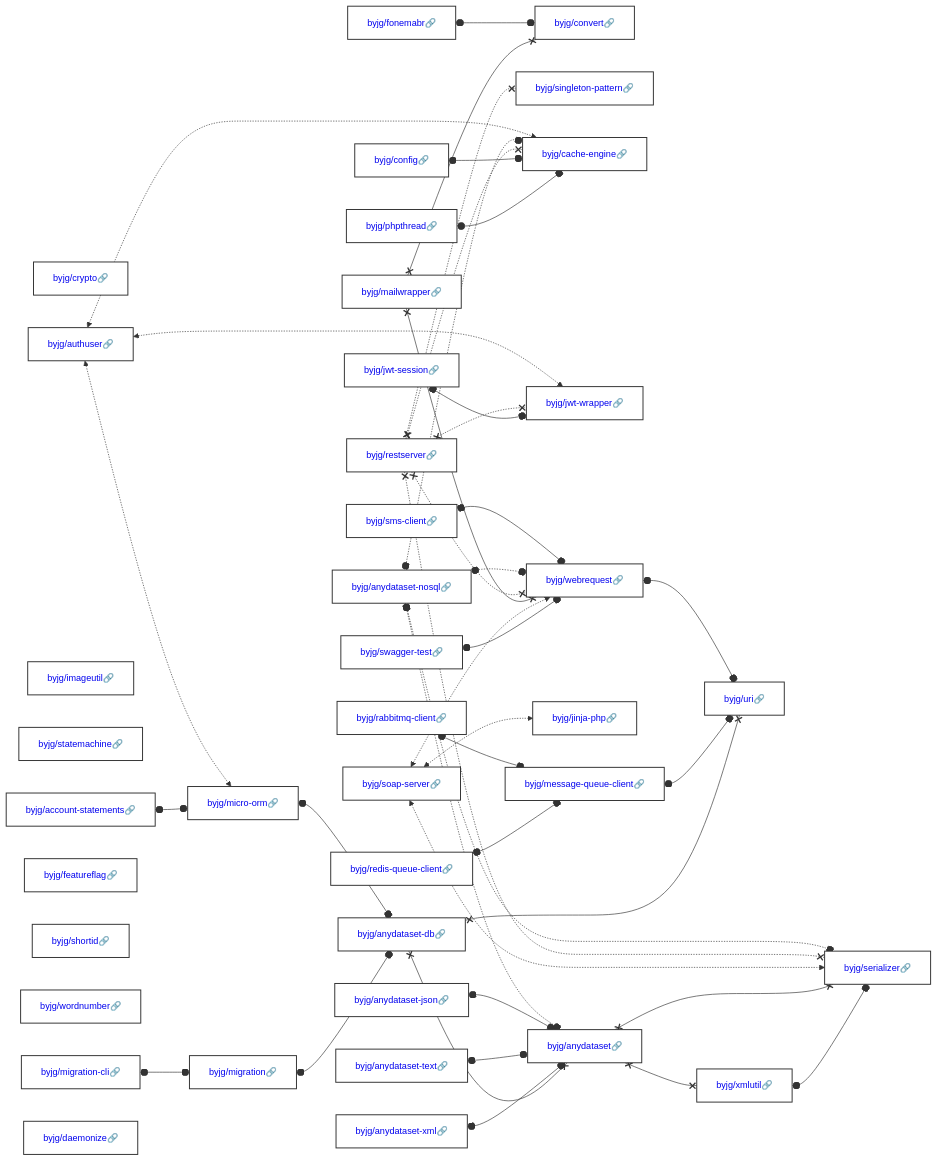
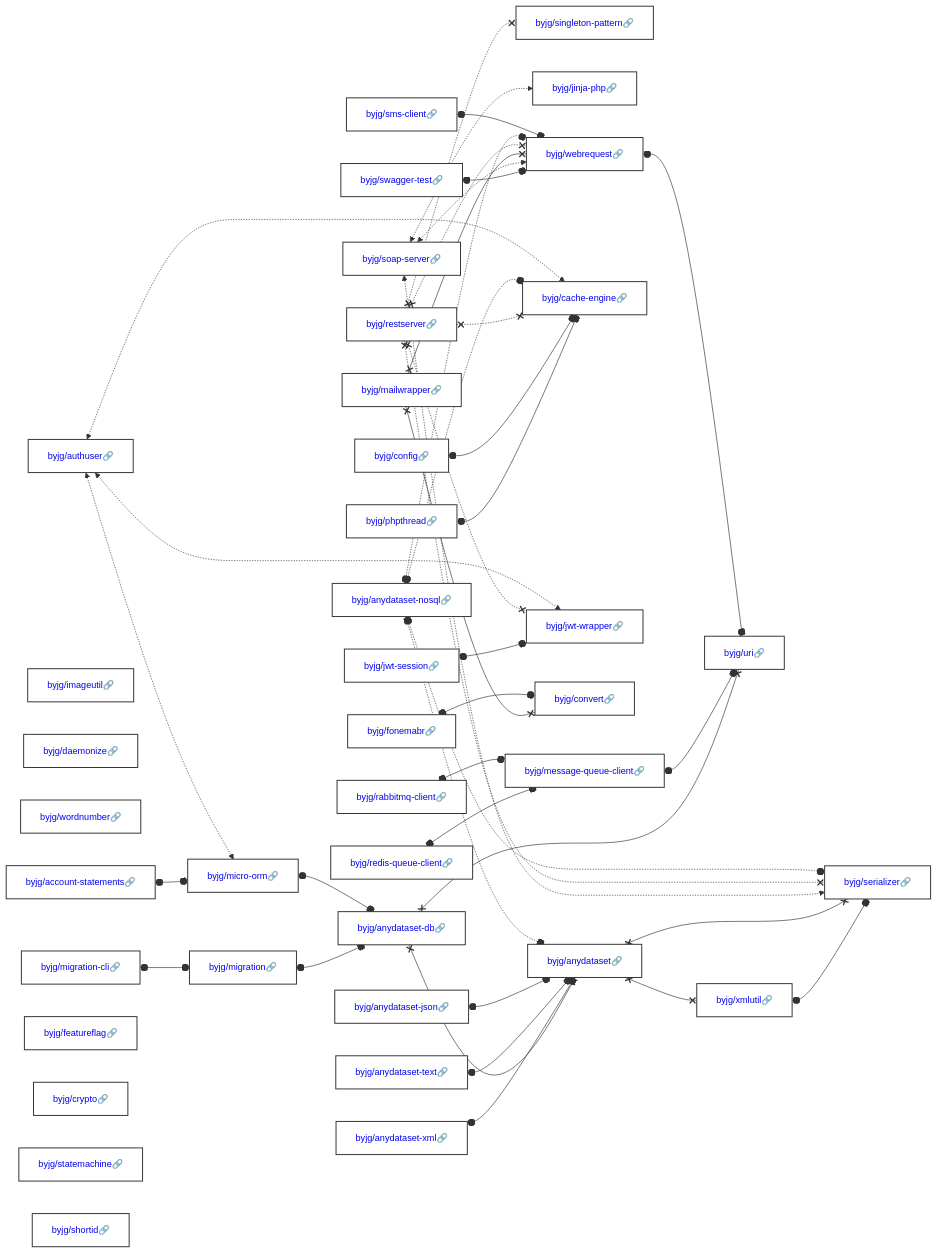
Before and after one commit to byjg/byjg.github.io: the diagram in docs/php/README.md, drawn with Mermaid. The commit also changed other lines of this file and 14 other files, not shown here.

Commit message:
Update documentation 'php' 'php-authuser'

````diff
--- a/docs/php/README.md
+++ b/docs/php/README.md
@@ -3,38 +3,38 @@
 ```mermaid
 graph LR;
+  byjg/phpthread[<a href='https://opensource.byjg.com/docs/php/phpthread' style='text-decoration:none'>byjg/phpthread🔗</a>];
+  byjg/restserver[<a href='https://opensource.byjg.com/docs/php/restserver' style='text-decoration:none'>byjg/restserver🔗</a>];
+  byjg/migration-cli[<a href='https://opensource.byjg.com/docs/php/migration-cli' style='text-decoration:none'>byjg/migration-cli🔗</a>];
+  byjg/swagger-test[<a href='https://opensource.byjg.com/docs/php/swagger-test' style='text-decoration:none'>byjg/swagger-test🔗</a>];
   byjg/fonemabr[<a href='https://opensource.byjg.com/docs/php/fonemabr' style='text-decoration:none'>byjg/fonemabr🔗</a>];
+  byjg/jwt-session[<a href='https://opensource.byjg.com/docs/php/jwt-session' style='text-decoration:none'>byjg/jwt-session🔗</a>];
+  byjg/anydataset-nosql[<a href='https://opensource.byjg.com/docs/php/anydataset-nosql' style='text-decoration:none'>byjg/anydataset-nosql🔗</a>];
+  byjg/anydataset-xml[<a href='https://opensource.byjg.com/docs/php/anydataset-xml' style='text-decoration:none'>byjg/anydataset-xml🔗</a>];
+  byjg/anydataset-json[<a href='https://opensource.byjg.com/docs/php/anydataset-json' style='text-decoration:none'>byjg/anydataset-json🔗</a>];
+  byjg/sms-client[<a href='https://opensource.byjg.com/docs/php/sms-client' style='text-decoration:none'>byjg/sms-client🔗</a>];
+  byjg/redis-queue-client[<a href='https://opensource.byjg.com/docs/php/redis-queue-client' style='text-decoration:none'>byjg/redis-queue-client🔗</a>];
+  byjg/anydataset-text[<a href='https://opensource.byjg.com/docs/php/anydataset-text' style='text-decoration:none'>byjg/anydataset-text🔗</a>];
+  byjg/imageutil[<a href='https://opensource.byjg.com/docs/php/imageutil' style='text-decoration:none'>byjg/imageutil🔗</a>];
+  byjg/daemonize[<a href='https://opensource.byjg.com/docs/php/daemonize' style='text-decoration:none'>byjg/daemonize🔗</a>];
+  byjg/wordnumber[<a href='https://opensource.byjg.com/docs/php/wordnumber' style='text-decoration:none'>byjg/wordnumber🔗</a>];
+  byjg/account-statements[<a href='https://opensource.byjg.com/docs/php/account-statements' style='text-decoration:none'>byjg/account-statements🔗</a>];
+  byjg/soap-server[<a href='https://opensource.byjg.com/docs/php/soap-server' style='text-decoration:none'>byjg/soap-server🔗</a>];
+  byjg/config[<a href='https://opensource.byjg.com/docs/php/config' style='text-decoration:none'>byjg/config🔗</a>];
   byjg/rabbitmq-client[<a href='https://opensource.byjg.com/docs/php/rabbitmq-client' style='text-decoration:none'>byjg/rabbitmq-client🔗</a>];
-  byjg/anydataset-text[<a href='https://opensource.byjg.com/docs/php/anydataset-text' style='text-decoration:none'>byjg/anydataset-text🔗</a>];
+  byjg/authuser[<a href='https://opensource.byjg.com/docs/php/authuser' style='text-decoration:none'>byjg/authuser🔗</a>];
+  byjg/featureflag[<a href='https://opensource.byjg.com/docs/php/featureflag' style='text-decoration:none'>byjg/featureflag🔗</a>];
+  byjg/mailwrapper[<a href='https://opensource.byjg.com/docs/php/mailwrapper' style='text-decoration:none'>byjg/mailwrapper🔗</a>];
   byjg/crypto[<a href='https://opensource.byjg.com/docs/php/crypto' style='text-decoration:none'>byjg/crypto🔗</a>];
-  byjg/authuser[<a href='https://opensource.byjg.com/docs/php/authuser' style='text-decoration:none'>byjg/authuser🔗</a>];
-  byjg/anydataset-nosql[<a href='https://opensource.byjg.com/docs/php/anydataset-nosql' style='text-decoration:none'>byjg/anydataset-nosql🔗</a>];
-  byjg/imageutil[<a href='https://opensource.byjg.com/docs/php/imageutil' style='text-decoration:none'>byjg/imageutil🔗</a>];
   byjg/statemachine[<a href='https://opensource.byjg.com/docs/php/statemachine' style='text-decoration:none'>byjg/statemachine🔗</a>];
-  byjg/mailwrapper[<a href='https://opensource.byjg.com/docs/php/mailwrapper' style='text-decoration:none'>byjg/mailwrapper🔗</a>];
-  byjg/anydataset-xml[<a href='https://opensource.byjg.com/docs/php/anydataset-xml' style='text-decoration:none'>byjg/anydataset-xml🔗</a>];
-  byjg/migration-cli[<a href='https://opensource.byjg.com/docs/php/migration-cli' style='text-decoration:none'>byjg/migration-cli🔗</a>];
-  byjg/featureflag[<a href='https://opensource.byjg.com/docs/php/featureflag' style='text-decoration:none'>byjg/featureflag🔗</a>];
   byjg/shortid[<a href='https://opensource.byjg.com/docs/php/shortid' style='text-decoration:none'>byjg/shortid🔗</a>];
-  byjg/wordnumber[<a href='https://opensource.byjg.com/docs/php/wordnumber' style='text-decoration:none'>byjg/wordnumber🔗</a>];
-  byjg/swagger-test[<a href='https://opensource.byjg.com/docs/php/swagger-test' style='text-decoration:none'>byjg/swagger-test🔗</a>];
-  byjg/config[<a href='https://opensource.byjg.com/docs/php/config' style='text-decoration:none'>byjg/config🔗</a>];
-  byjg/sms-client[<a href='https://opensource.byjg.com/docs/php/sms-client' style='text-decoration:none'>byjg/sms-client🔗</a>];
-  byjg/jwt-session[<a href='https://opensource.byjg.com/docs/php/jwt-session' style='text-decoration:none'>byjg/jwt-session🔗</a>];
-  byjg/phpthread[<a href='https://opensource.byjg.com/docs/php/phpthread' style='text-decoration:none'>byjg/phpthread🔗</a>];
-  byjg/account-statements[<a href='https://opensource.byjg.com/docs/php/account-statements' style='text-decoration:none'>byjg/account-statements🔗</a>];
-  byjg/daemonize[<a href='https://opensource.byjg.com/docs/php/daemonize' style='text-decoration:none'>byjg/daemonize🔗</a>];
-  byjg/restserver[<a href='https://opensource.byjg.com/docs/php/restserver' style='text-decoration:none'>byjg/restserver🔗</a>];
-  byjg/anydataset-json[<a href='https://opensource.byjg.com/docs/php/anydataset-json' style='text-decoration:none'>byjg/anydataset-json🔗</a>];
-  byjg/redis-queue-client[<a href='https://opensource.byjg.com/docs/php/redis-queue-client' style='text-decoration:none'>byjg/redis-queue-client🔗</a>];
-  byjg/soap-server[<a href='https://opensource.byjg.com/docs/php/soap-server' style='text-decoration:none'>byjg/soap-server🔗</a>];
-  byjg/convert[<a href='https://opensource.byjg.com/docs/php/convert' style='text-decoration:none'>byjg/convert🔗</a>];
+  byjg/singleton-pattern[<a href='https://opensource.byjg.com/docs/php/singleton-pattern' style='text-decoration:none'>byjg/singleton-pattern🔗</a>];
   byjg/migration[<a href='https://opensource.byjg.com/docs/php/migration' style='text-decoration:none'>byjg/migration🔗</a>];
+  byjg/jinja-php[<a href='https://opensource.byjg.com/docs/php/jinja-php' style='text-decoration:none'>byjg/jinja-php🔗</a>];
+  byjg/message-queue-client[<a href='https://opensource.byjg.com/docs/php/message-queue-client' style='text-decoration:none'>byjg/message-queue-client🔗</a>];
   byjg/micro-orm[<a href='https://opensource.byjg.com/docs/php/micro-orm' style='text-decoration:none'>byjg/micro-orm🔗</a>];
-  byjg/singleton-pattern[<a href='https://opensource.byjg.com/docs/php/singleton-pattern' style='text-decoration:none'>byjg/singleton-pattern🔗</a>];
   byjg/cache-engine[<a href='https://opensource.byjg.com/docs/php/cache-engine' style='text-decoration:none'>byjg/cache-engine🔗</a>];
   byjg/jwt-wrapper[<a href='https://opensource.byjg.com/docs/php/jwt-wrapper' style='text-decoration:none'>byjg/jwt-wrapper🔗</a>];
-  byjg/message-queue-client[<a href='https://opensource.byjg.com/docs/php/message-queue-client' style='text-decoration:none'>byjg/message-queue-client🔗</a>];
-  byjg/jinja-php[<a href='https://opensource.byjg.com/docs/php/jinja-php' style='text-decoration:none'>byjg/jinja-php🔗</a>];
+  byjg/convert[<a href='https://opensource.byjg.com/docs/php/convert' style='text-decoration:none'>byjg/convert🔗</a>];
   byjg/webrequest[<a href='https://opensource.byjg.com/docs/php/webrequest' style='text-decoration:none'>byjg/webrequest🔗</a>];
   byjg/anydataset-db[<a href='https://opensource.byjg.com/docs/php/anydataset-db' style='text-decoration:none'>byjg/anydataset-db🔗</a>];
   byjg/anydataset[<a href='https://opensource.byjg.com/docs/php/anydataset' style='text-decoration:none'>byjg/anydataset🔗</a>];
@@ -75,10 +75,10 @@
   byjg/anydataset-nosql o-.-o byjg/serializer;
   byjg/anydataset-nosql o-.-o byjg/webrequest;
   byjg/anydataset-nosql o-.-o byjg/cache-engine;
+  byjg/sms-client o--o byjg/webrequest;
   byjg/authuser <-.-> byjg/micro-orm;
   byjg/authuser <-.-> byjg/cache-engine;
   byjg/authuser <-.-> byjg/jwt-wrapper;
-  byjg/sms-client o--o byjg/webrequest;
   byjg/micro-orm o--o byjg/anydataset-db;
   classDef default fill:#ffffff,stroke:#333,stroke-width:1.5px,color:#000,font-size:14px;
   classDef highlight fill:#ffef96,stroke:#ff9900,stroke-width:3px;
````
